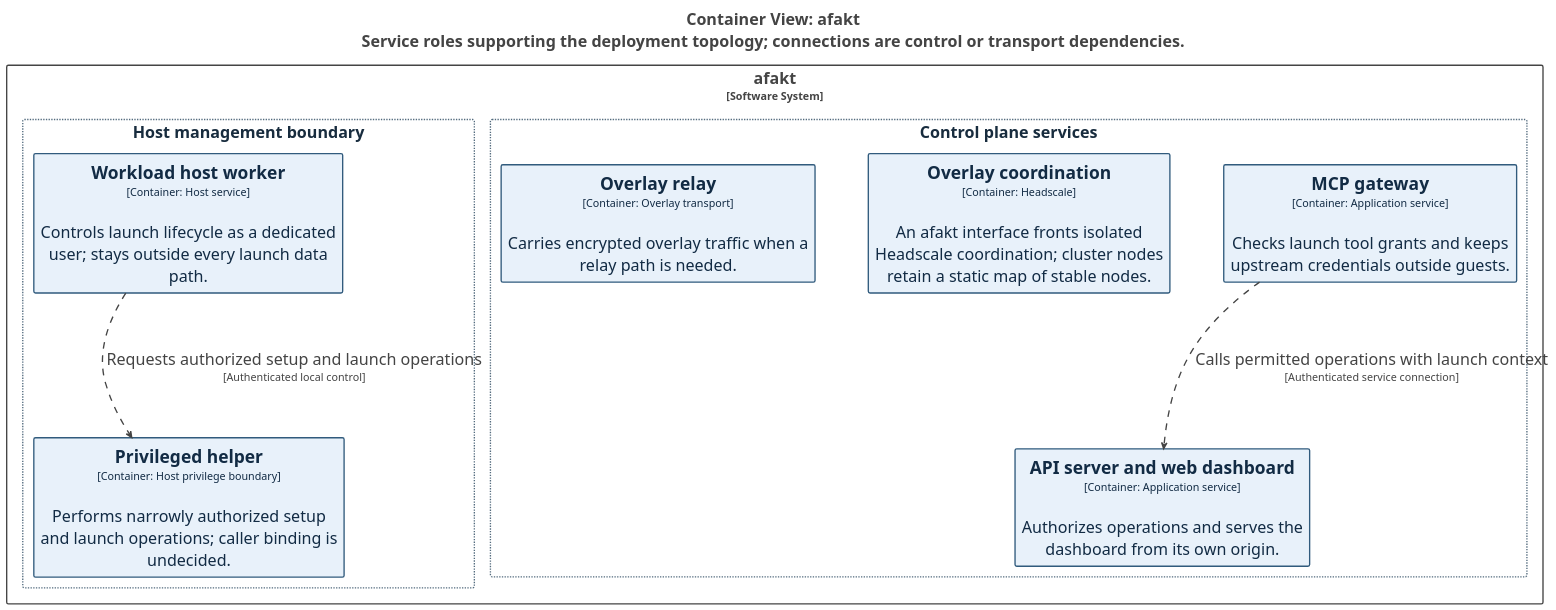
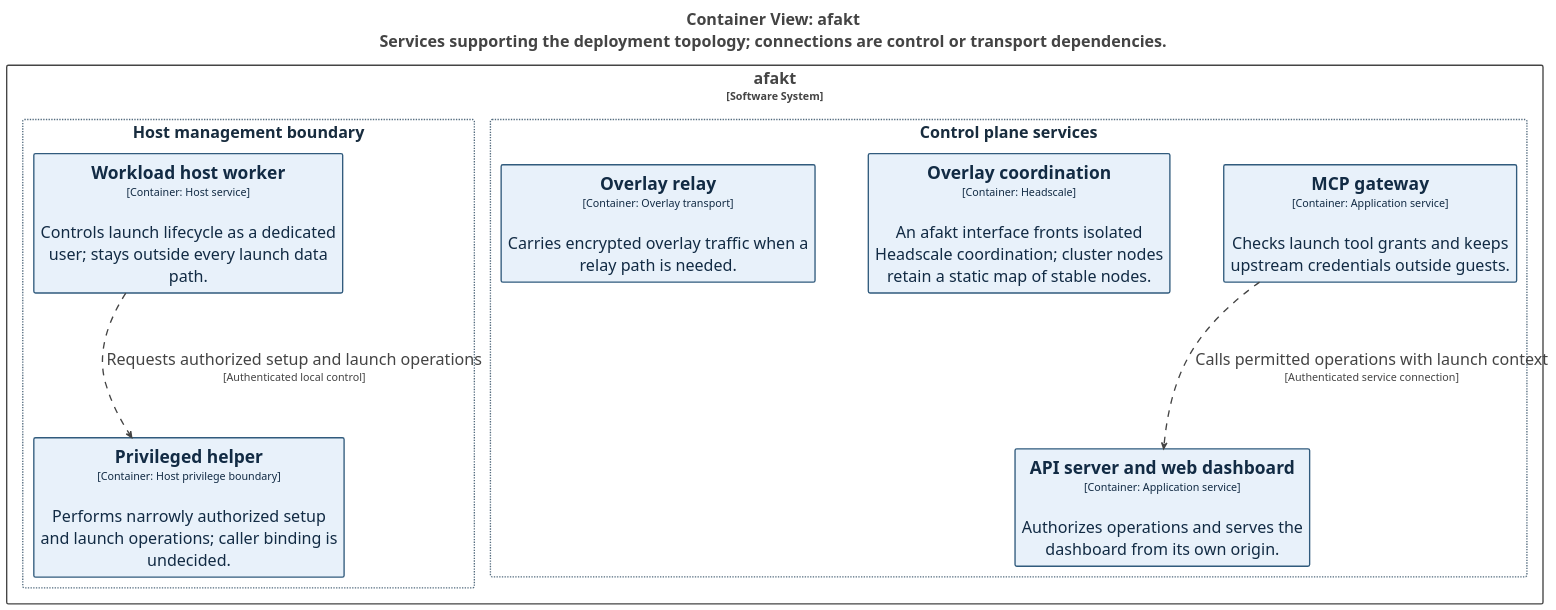
Before and after one commit to tbhb-dev/afakt: the diagram in docs/diagrams/structurizr-network-service-boundaries.puml, drawn with PlantUML. The commit also changed 40 other files, not shown here.

First line of the commit message:
docs: distinguish IAM roles from service tags and reporting labels

```diff
--- a/docs/diagrams/structurizr-network-service-boundaries.puml
+++ b/docs/diagrams/structurizr-network-service-boundaries.puml
@@ -1,94 +1,94 @@
 @startuml
-title <size:24>Container View: afakt</size>\n<size:24>Service roles supporting the deployment topology; connections are control or transport dependencies.</size>
+title <size:24>Container View: afakt</size>\n<size:24>Services supporting the deployment topology; connections are control or transport dependencies.</size>
 
 set separator none
 top to bottom direction
 skinparam ranksep 20
 skinparam nodesep 5
 hide stereotype
 
 skinparam {
   nodesep 80
   ranksep 160
 }
 
 <style>
   root {
     BackgroundColor: #ffffff;
     FontColor: #444444;
   }
   // Element,Topology
   .Element-RWxlbWVudCxUb3BvbG9neQ== {
     BackgroundColor: #e8f1fa;
     LineColor: #315b7d;
     LineStyle: 0;
     LineThickness: 2;
     FontColor: #122b44;
     FontSize: 24;
     HorizontalAlignment: center;
     Shadowing: 0;
     MaximumWidth: 450;
   }
   // Relationship
   .Relationship-UmVsYXRpb25zaGlw {
     LineThickness: 2;
     LineStyle: 10-10;
     LineColor: #444444;
     FontColor: #444444;
     FontSize: 24;
     MaximumWidth: 200;
   }
   // afakt
   .Boundary-YWZha3Q= {
     BackgroundColor: #ffffff;
     LineColor: #444444;
     LineStyle: 0;
     LineThickness: 2;
     FontColor: #444444;
     FontSize: 24;
     HorizontalAlignment: center;
     Shadowing: 0;
   }
   // Control plane services
   .Group-Q29udHJvbCBwbGFuZSBzZXJ2aWNlcw== {
     BackgroundColor: #ffffff;
     LineColor: #536b7e;
     LineStyle: 2-2;
     LineThickness: 2;
     FontColor: #182c3e;
     FontSize: 24;
     HorizontalAlignment: center;
     Shadowing: 0;
   }
   // Host management boundary
   .Group-SG9zdCBtYW5hZ2VtZW50IGJvdW5kYXJ5 {
     BackgroundColor: #ffffff;
     LineColor: #536b7e;
     LineStyle: 2-2;
     LineThickness: 2;
     FontColor: #182c3e;
     FontSize: 24;
     HorizontalAlignment: center;
     Shadowing: 0;
   }
 </style>
 
 rectangle "afakt\n<size:16>[Software System]</size>" <<Boundary-YWZha3Q=>> {
   rectangle "Control plane services" <<Group-Q29udHJvbCBwbGFuZSBzZXJ2aWNlcw==>> as group1 {
     rectangle "==API server and web dashboard\n<size:16>[Container: Application service]</size>\n\nAuthorizes operations and serves the dashboard from its own origin." <<Element-RWxlbWVudCxUb3BvbG9neQ==>> as afakt.APIserverandwebdashboard
     rectangle "==MCP gateway\n<size:16>[Container: Application service]</size>\n\nChecks launch tool grants and keeps upstream credentials outside guests." <<Element-RWxlbWVudCxUb3BvbG9neQ==>> as afakt.MCPgateway
     rectangle "==Overlay coordination\n<size:16>[Container: Headscale]</size>\n\nAn afakt interface fronts isolated Headscale coordination; cluster nodes retain a static map of stable nodes." <<Element-RWxlbWVudCxUb3BvbG9neQ==>> as afakt.Overlaycoordination
     rectangle "==Overlay relay\n<size:16>[Container: Overlay transport]</size>\n\nCarries encrypted overlay traffic when a relay path is needed." <<Element-RWxlbWVudCxUb3BvbG9neQ==>> as afakt.Overlayrelay
   }
 
   rectangle "Host management boundary" <<Group-SG9zdCBtYW5hZ2VtZW50IGJvdW5kYXJ5>> as group2 {
     rectangle "==Workload host worker\n<size:16>[Container: Host service]</size>\n\nControls launch lifecycle as a dedicated user; stays outside every launch data path." <<Element-RWxlbWVudCxUb3BvbG9neQ==>> as afakt.Workloadhostworker
     rectangle "==Privileged helper\n<size:16>[Container: Host privilege boundary]</size>\n\nPerforms narrowly authorized setup and launch operations; caller binding is undecided." <<Element-RWxlbWVudCxUb3BvbG9neQ==>> as afakt.Privilegedhelper
   }
 
 }
 
 afakt.Workloadhostworker --> afakt.Privilegedhelper <<Relationship-UmVsYXRpb25zaGlw>> : "Requests authorized setup and launch operations\n<size:16>[Authenticated local control]</size>"
 afakt.MCPgateway --> afakt.APIserverandwebdashboard <<Relationship-UmVsYXRpb25zaGlw>> : "Calls permitted operations with launch context\n<size:16>[Authenticated service connection]</size>"
 
 @enduml
```
